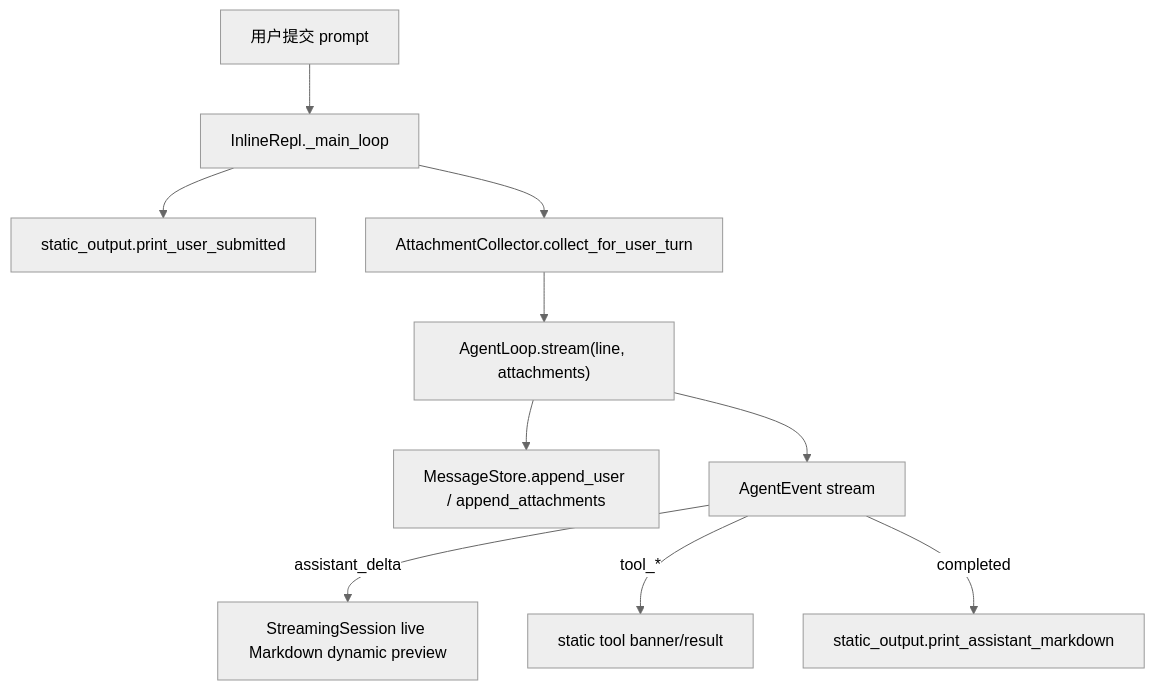
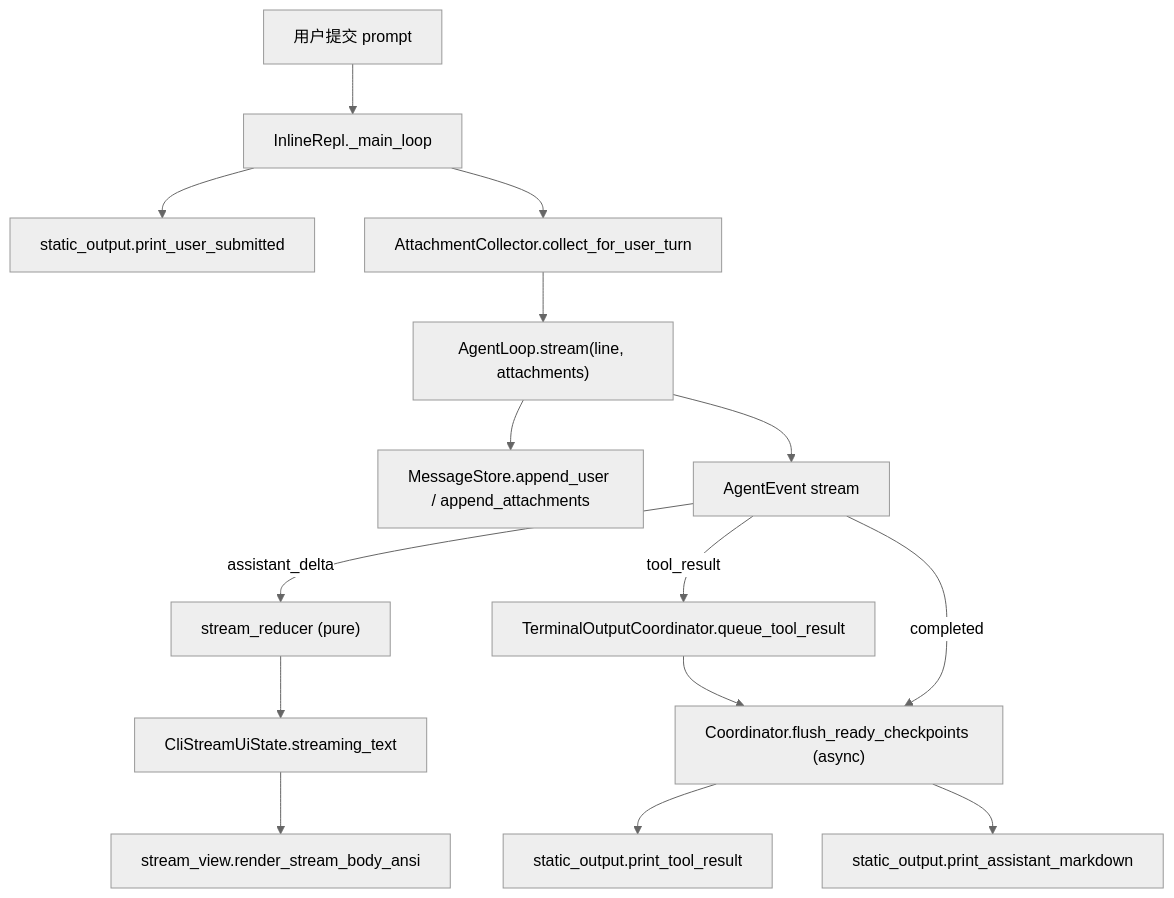
One commit to EtherealStar/OneCode changed the second of 2 diagrams in docs/design-docs/cli-message-rendering-architecture.md. Above: the diagram before and after it, drawn with Mermaid (neutral theme). The commit also changed other lines of this file and 22 other files, not shown here.

````diff
--- a/docs/design-docs/cli-message-rendering-architecture.md
+++ b/docs/design-docs/cli-message-rendering-architecture.md
@@ -23,12 +65,17 @@
 ```mermaid
 flowchart TD
   Input["用户提交 prompt"] --> Repl["InlineRepl._main_loop"]
   Repl --> StaticUser["static_output.print_user_submitted"]
   Repl --> Attach["AttachmentCollector.collect_for_user_turn"]
   Attach --> Stream["AgentLoop.stream(line, attachments)"]
   Stream --> StoreUser["MessageStore.append_user / append_attachments"]
   Stream --> Events["AgentEvent stream"]
-  Events -->|assistant_delta| Preview["StreamingSession live Markdown dynamic preview"]
-  Events -->|tool_*| ToolStatic["static tool banner/result"]
-  Events -->|completed| Commit["static_output.print_assistant_markdown"]
+  Events -->|assistant_delta| Reducer["stream_reducer (pure)"]
+  Reducer --> State["CliStreamUiState.streaming_text"]
+  State --> Preview["stream_view.render_stream_body_ansi"]
+  Events -->|tool_result| Coord["TerminalOutputCoordinator.queue_tool_result"]
+  Coord --> Flush["Coordinator.flush_ready_checkpoints (async)"]
+  Flush --> StaticTool["static_output.print_tool_result"]
+  Events -->|completed| Flush
+  Flush --> StaticMd["static_output.print_assistant_markdown"]
 ```
````
